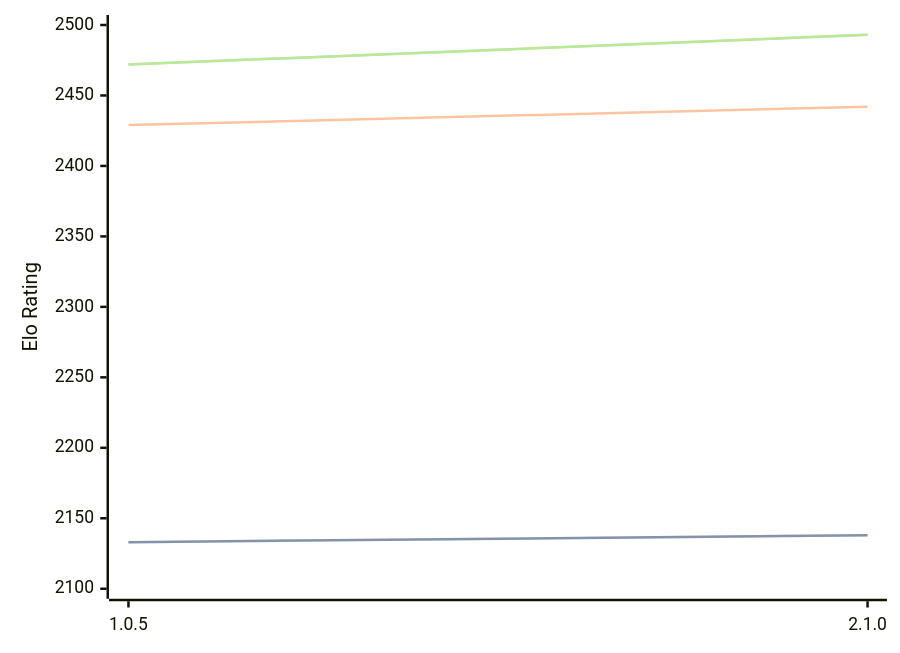
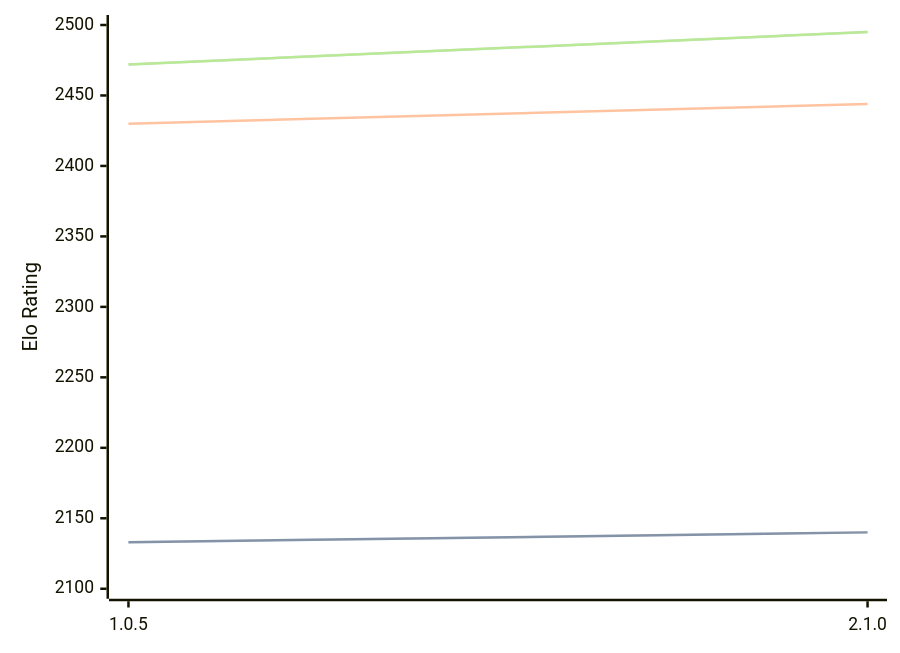
One commit to computer-chess-index/cci changed the first of 3 diagrams in engines/Ruffian.md. Above: the diagram before and after it, drawn with Mermaid. The commit also changed other lines of this file, not shown here.

Commit message:
Update CCI Ratings (ELO VLTC) - 2026-06-30

````diff
--- a/engines/Ruffian.md
+++ b/engines/Ruffian.md
@@ -32,11 +32,11 @@
 ```mermaid
 %%{init: {"theme":"base","themeVariables":{"seriesColors:['#a3a3a3','#222221','#faa371']}}}%%
 xychart-beta
   x-axis ["1.0.5", "2.1.0"]
   y-axis "Elo Rating" 2100 --> 2500
-  line "STC (8.0+0.08s)" [2133, 2138]
-  line "STC (8.0+0.08s)" [2133, 2138]
-  line "LTC (60.0+0.60s)" [2429, 2442]
-  line "VLTC (2m24s+1.12s)" [2472, 2493]
-  line "VLTC (2m24s+1.12s)" [2472, 2493]
+  line "STC (8.0+0.08s)" [2133, 2140]
+  line "STC (8.0+0.08s)" [2133, 2140]
+  line "LTC (60.0+0.60s)" [2430, 2444]
+  line "VLTC (2m24s+1.12s)" [2472, 2495]
+  line "VLTC (2m24s+1.12s)" [2472, 2495]
 ```
````
